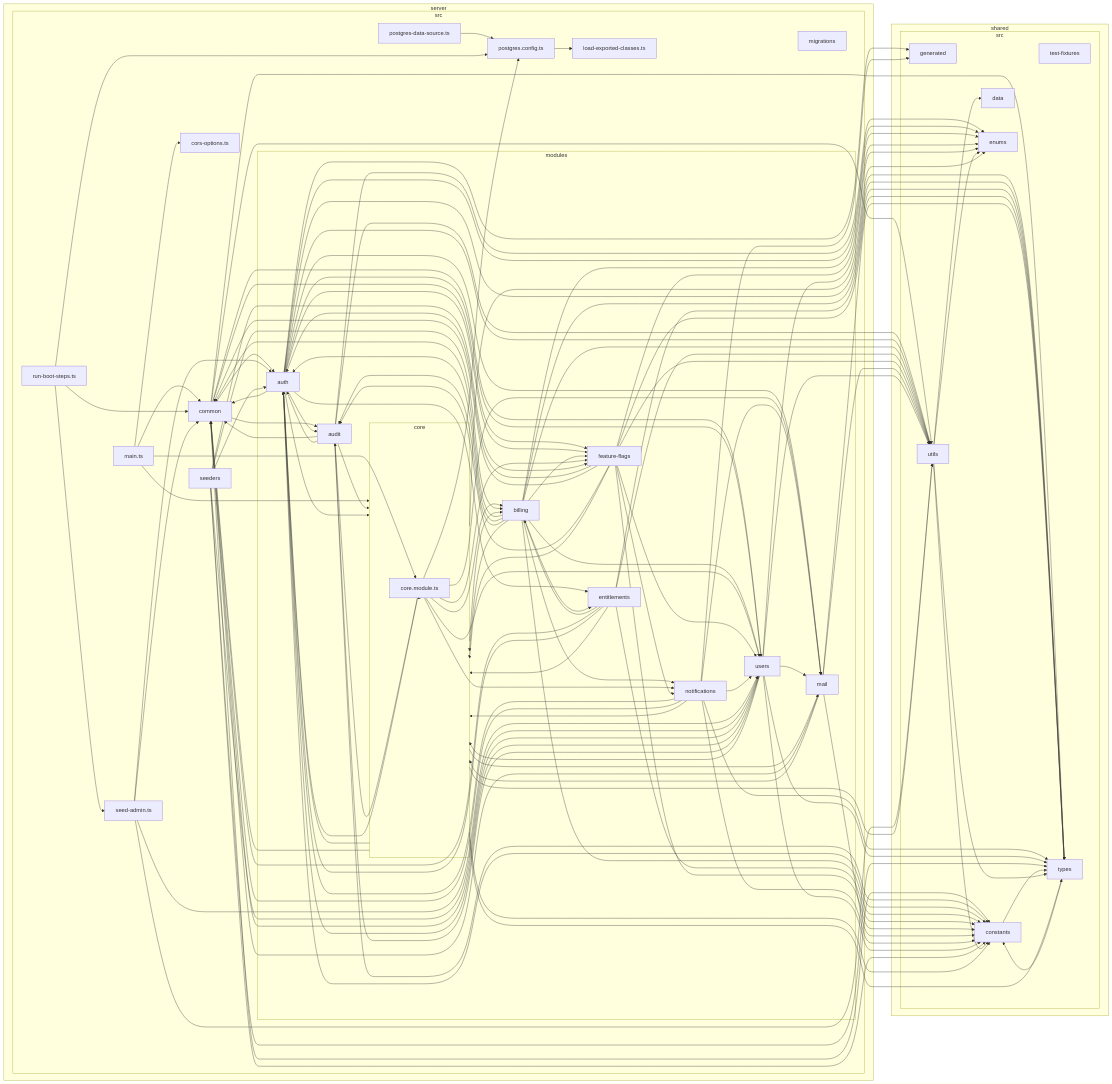
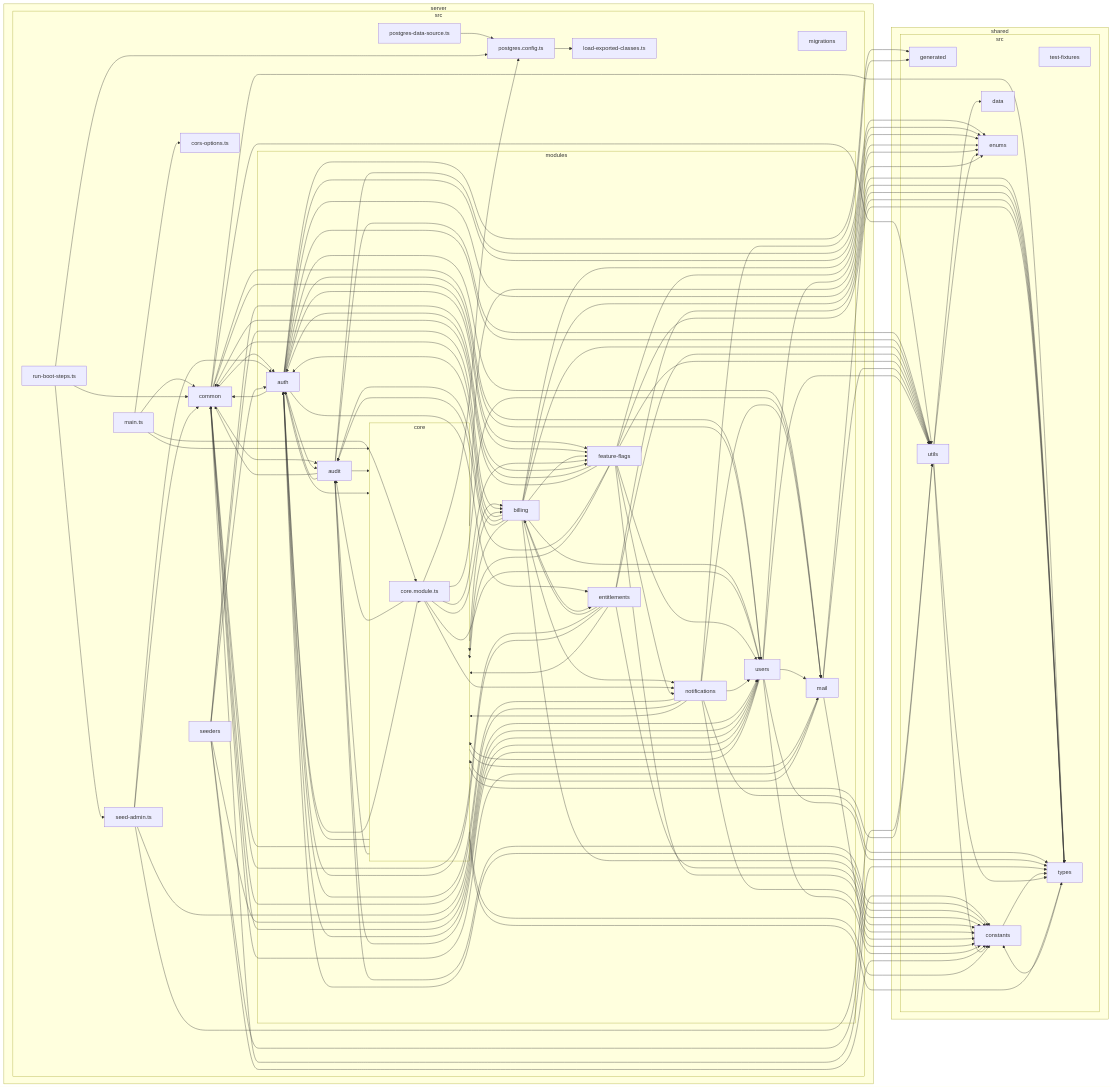
Before and after one commit to tauinbox/client-server-starter-app: the second of 5 diagrams in architecture/dependency-graph.md, drawn with Mermaid. The commit also changed 16 other files, not shown here.

```diff
--- a/architecture/dependency-graph.md
+++ b/architecture/dependency-graph.md
@@ -124,6 +124,7 @@
 B-->9
 B-->2
 B-->P
+B-->8
 B-->V
 B-->A
 B-->F
```
